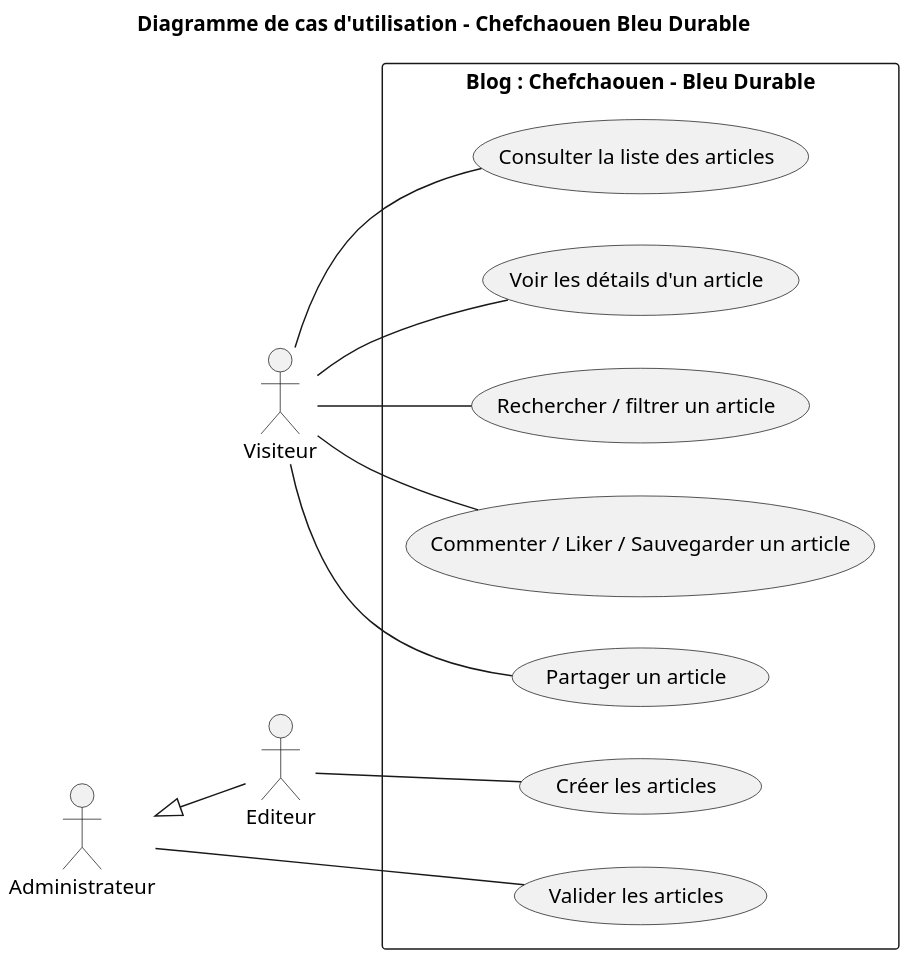
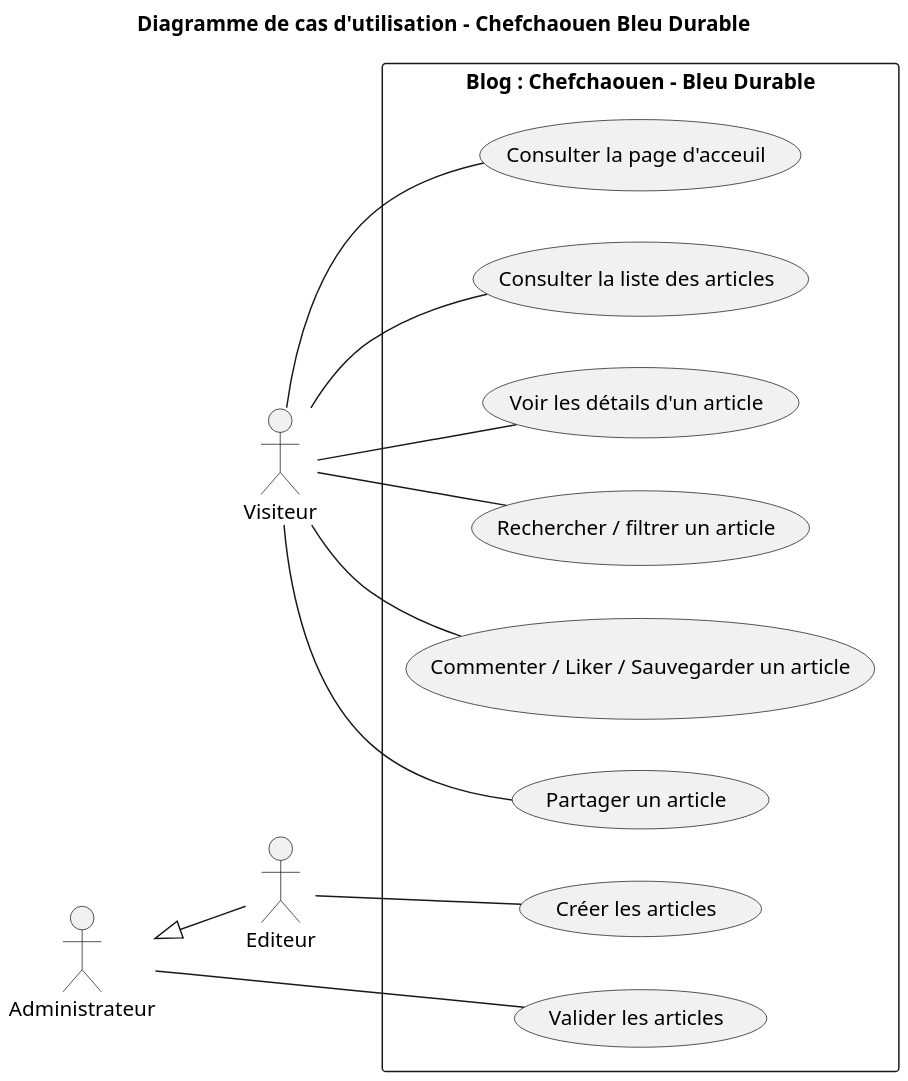
One commit to salma-dev123/analyse_besoin changed the diagram in fonctionnalités_principales/diagram_useCase.puml. Above: the diagram before and after it, drawn with PlantUML.

Commit message:
Update use case diagram

```diff
--- a/fonctionnalités_principales/diagram_useCase.puml
+++ b/fonctionnalités_principales/diagram_useCase.puml
@@ -1,35 +1,37 @@
 @startuml
 left to right direction
 scale 1.8
 title Diagramme de cas d'utilisation - Chefchaouen Bleu Durable
 
 actor "Visiteur" as Visiteur
 actor "Administrateur" as Admin
 actor "Editeur" as Editeur
 
 Admin <|-- Editeur
 
 rectangle "Blog : Chefchaouen - Bleu Durable" {
-  (Consulter la liste des articles) as UC1
-  (Voir les détails d'un article) as UC2
-  (Rechercher / filtrer un article) as UC3
-  (Commenter / Liker / Sauvegarder un article) as UC4
-  (Partager un article) as UC5
-  (Créer les articles) as UC6
-  (Valider les articles) as UC7
+  (Consulter la page d'acceuil) as UC1
+  (Consulter la liste des articles) as UC2
+  (Voir les détails d'un article) as UC3
+  (Rechercher / filtrer un article) as UC4
+  (Commenter / Liker / Sauvegarder un article) as UC5
+  (Partager un article) as UC6
+  (Créer les articles) as UC7
+  (Valider les articles) as UC8
 }
 
 ' Relations du Visiteur
 Visiteur -- UC1
 Visiteur -- UC2
 Visiteur -- UC3
 Visiteur -- UC4
 Visiteur -- UC5
+Visiteur -- UC6
 
 ' Relations de l'Editeur
-Editeur -- UC6
+Editeur -- UC7
 
 ' Relations de l'Administrateur
-Admin -- UC7
+Admin -- UC8
 
 @enduml
```
